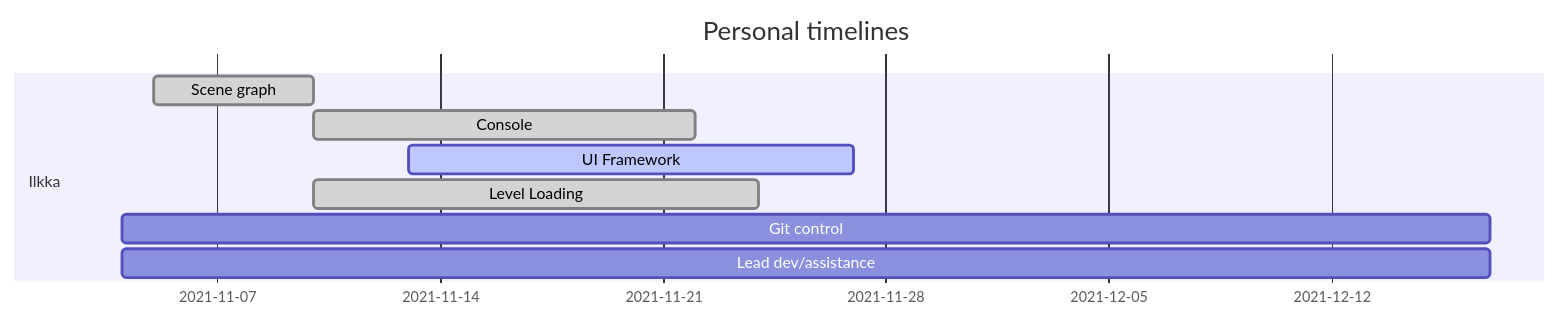
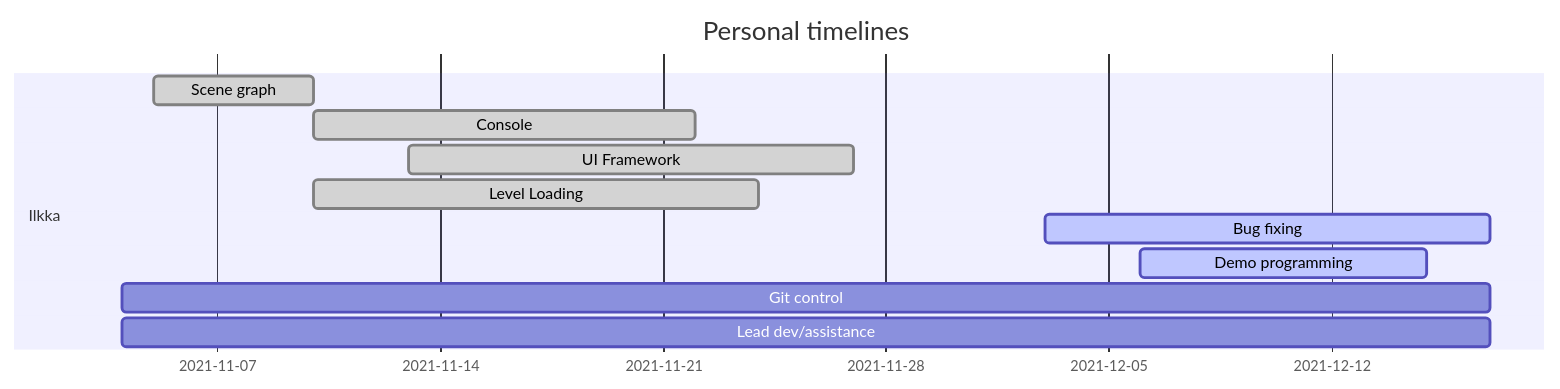
Before and after one commit to IlkkaTakala/Eril-Engine: the second of 7 diagrams in docs/ProjectPlan.md, drawn with Mermaid. The commit also changed other lines of this file, not shown here.

Commit message:
Updated timelines

````diff
--- a/docs/ProjectPlan.md
+++ b/docs/ProjectPlan.md
@@ -76,13 +75,15 @@
 ```mermaid
 gantt
 dateFormat  DD-MM
 title Personal timelines
 
 section Ilkka
-Scene graph             :done  ,  ides1, 05-11, 5d
+Scene graph             :done,    ides1, 05-11, 5d
 Console                 :done,    ides2, after ides1, 12d
-UI Framework            :active,  ides6, 13-11, 14d 
+UI Framework            :done,    ides6, 13-11, 14d 
 Level Loading           :done,    ides5, after ides1, 14d
+Bug fixing              :active,  ides6, 03-12, 17-12
+Demo programming        :active,  ides7, 06-12, 15-12
 Git control             :         ides3, 04-11, 17-12
 Lead dev/assistance     :         ides4, 04-11, 17-12
 ```
````
